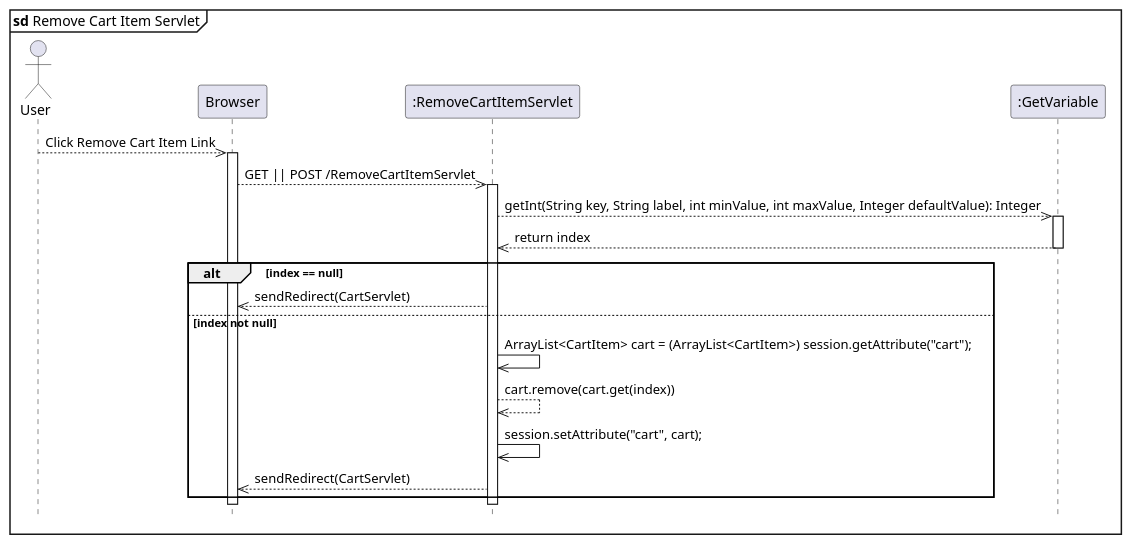
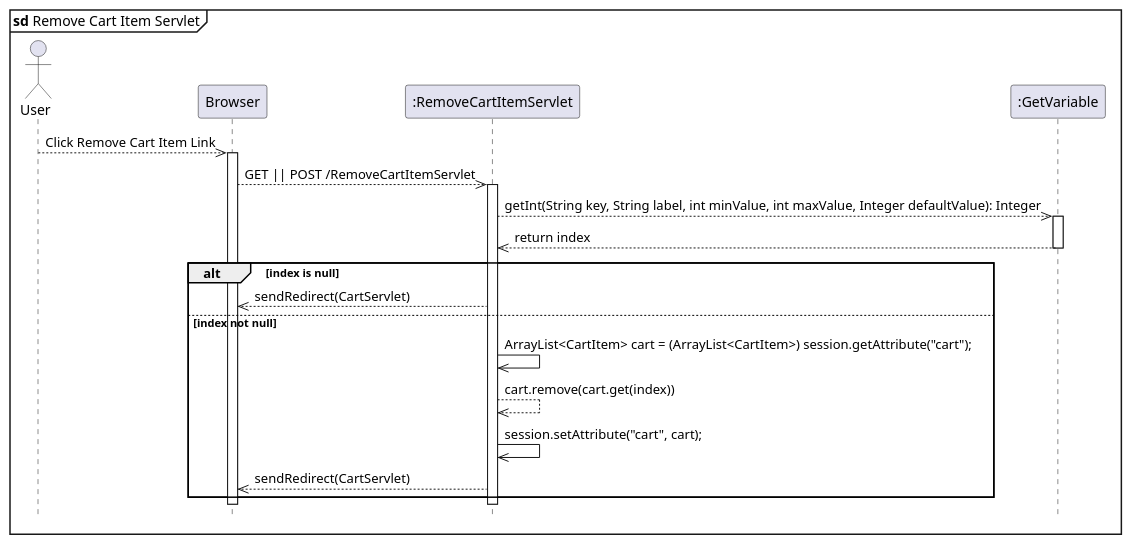
The diagram in diagram/RemoveCartItemServlet.puml (kainesv86/HKCBooking), drawn with PlantUML before and after one commit. The commit also changed 18 other files, not shown here.

```diff
--- a/diagram/RemoveCartItemServlet.puml
+++ b/diagram/RemoveCartItemServlet.puml
@@ -1,25 +1,25 @@
 hide footbox
 mainframe <b>sd</b> Remove Cart Item Servlet
 actor User
 participant "Browser" as Browser
 participant ":RemoveCartItemServlet" as RemoveCartItemServlet 
 participant ":GetVariable" as GetVariable
 
 User -->> Browser: Click Remove Cart Item Link
 activate Browser
     Browser -->> RemoveCartItemServlet: GET || POST /RemoveCartItemServlet
     activate RemoveCartItemServlet
         RemoveCartItemServlet -->> GetVariable: getInt(String key, String label, int minValue, int maxValue, Integer defaultValue): Integer
         activate GetVariable
             GetVariable -->> RemoveCartItemServlet: return index
         deactivate GetVariable
-        alt index == null
+        alt index is null
             RemoveCartItemServlet -->> Browser: sendRedirect(CartServlet)
         else index not null
             RemoveCartItemServlet ->> RemoveCartItemServlet: ArrayList<CartItem> cart = (ArrayList<CartItem>) session.getAttribute("cart");   
             RemoveCartItemServlet-->> RemoveCartItemServlet: cart.remove(cart.get(index))
             RemoveCartItemServlet ->> RemoveCartItemServlet: session.setAttribute("cart", cart);   
             RemoveCartItemServlet -->> Browser: sendRedirect(CartServlet)
         end
     deactivate RemoveCartItemServlet
 deactivate Browser
```
